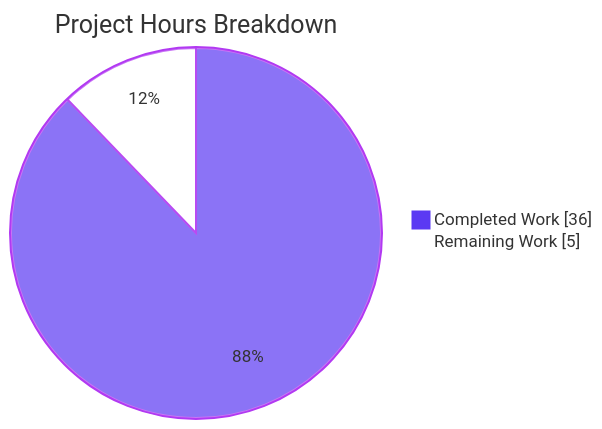
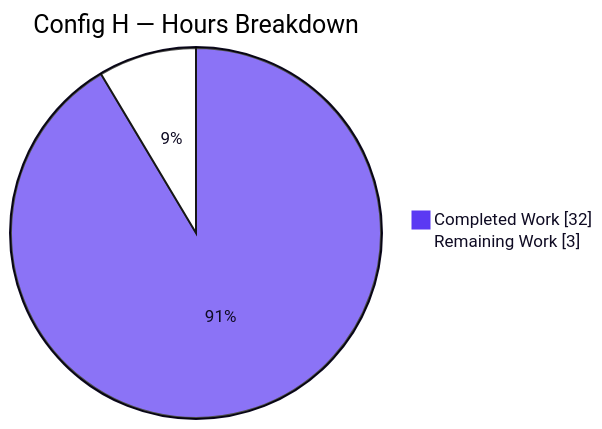
One commit to blitzy-public-samples/blitzy-tgr-dnsmasq-rust changed the second of 3 diagrams in blitzy/documentation/Project Guide.md. Above: the diagram before and after it, drawn with Mermaid. The commit also changed other lines of this file, not shown here.

Commit message:
Adding Blitzy Project Guide: Project Status and Human Tasks Remaining

````diff
--- a/blitzy/documentation/Project Guide.md
+++ b/blitzy/documentation/Project Guide.md
@@ -204,6 +217,7 @@
 ```mermaid
-%%{init: {'theme':'base', 'themeVariables': {'pie1':'#5B39F3','pie2':'#FFFFFF','pieStrokeColor':'#B23AF2','pieOuterStrokeColor':'#B23AF2'}}}%%
-pie showData title Project Hours Breakdown
-    "Completed Work" : 36
-    "Remaining Work" : 5
+%%{init: {'pie': {'textPosition': 0.5}, 'themeVariables': {'pie1': '#5B39F3', 'pie2': '#FFFFFF', 'pieOuterStrokeColor': '#0F0B23', 'pieStrokeWidth': '2', 'pieSectionTextColor': '#0F0B23', 'pieLegendTextColor': '#0F0B23'}}}%%
+pie showData
+    title Config H — Hours Breakdown
+    "Completed Work" : 32
+    "Remaining Work" : 3
 ```
````
